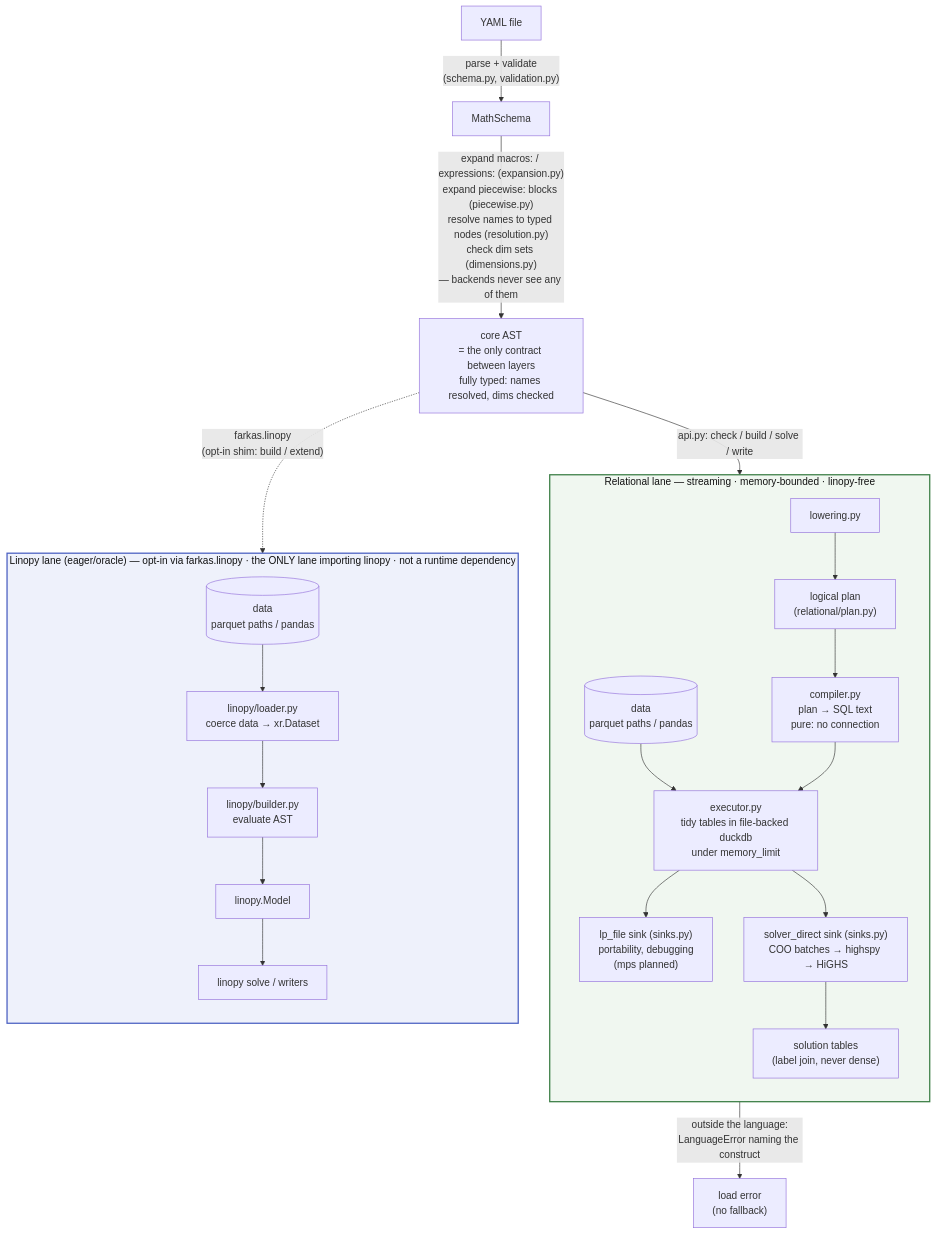
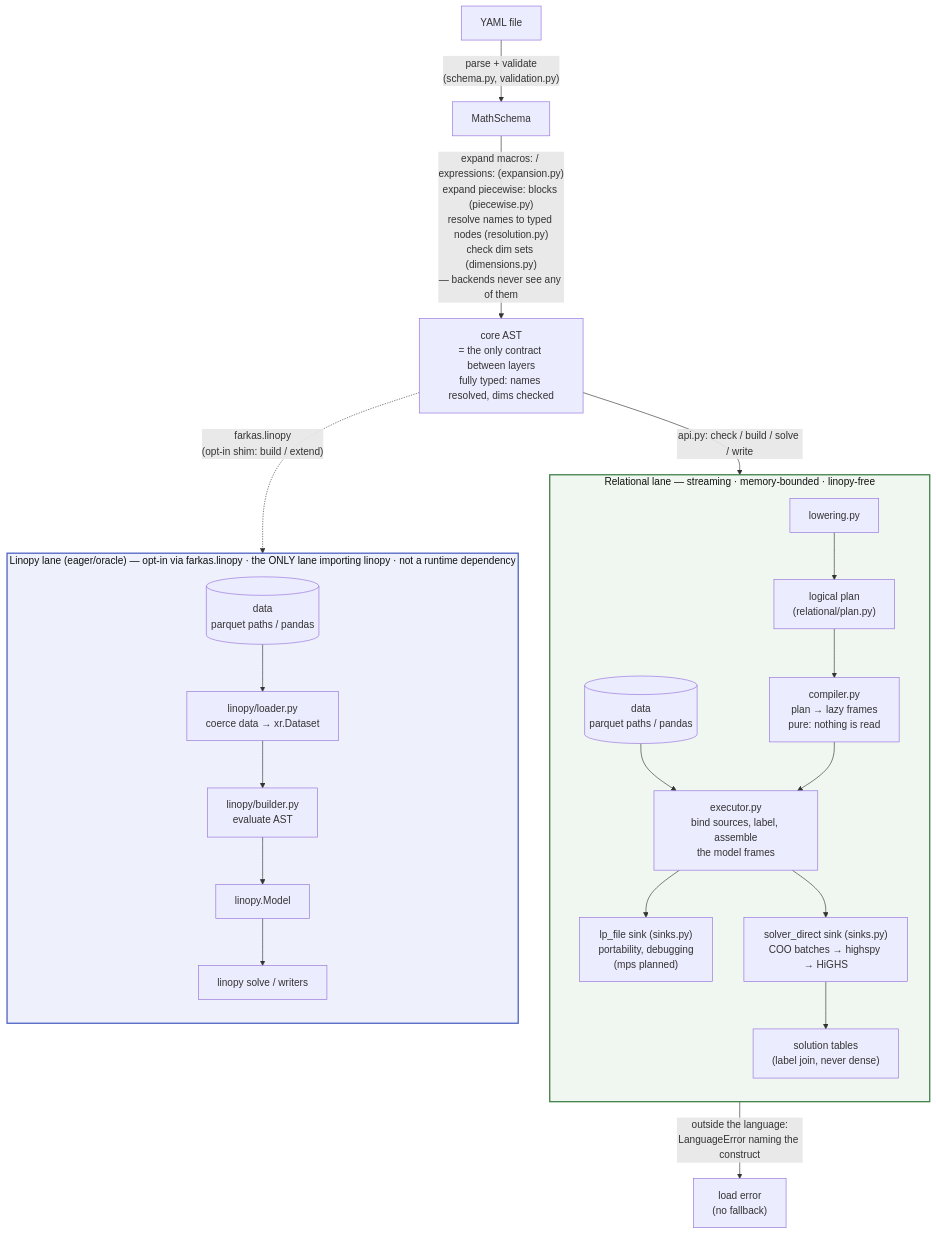
The diagram in ARCHITECTURE.md (FBumann/farkas), drawn with Mermaid before and after one commit. The commit also changed other lines of this file and 47 other files, not shown here.

````diff
--- a/ARCHITECTURE.md
+++ b/ARCHITECTURE.md
@@ -24,31 +24,31 @@
 ```mermaid
 flowchart TB
     Y[YAML file] -->|"parse + validate<br/>(schema.py, validation.py)"| MS[MathSchema]
     MS -->|"expand macros: / expressions: (expansion.py)<br/>expand piecewise: blocks (piecewise.py)<br/>resolve names to typed nodes (resolution.py)<br/>check dim sets (dimensions.py)<br/>— backends never see any of them"| AST["core AST<br/>= the only contract between layers<br/>fully typed: names resolved, dims checked"]
     AST -->|"api.py: check / build / solve / write"| LOWER
     AST -.->|"farkas.linopy<br/>(opt-in shim: build / extend)"| BUILD
     LOWER -->|"outside the language:<br/>LanguageError naming the construct"| ERR["load error<br/>(no fallback)"]
 
     subgraph REL["Relational lane — streaming · memory-bounded · linopy-free"]
         direction TB
         LOWER["lowering.py"] --> PLAN["logical plan<br/>(relational/plan.py)"]
-        PLAN --> COMP["compiler.py<br/>plan → SQL text<br/>pure: no connection"]
+        PLAN --> COMP["compiler.py<br/>plan → lazy frames<br/>pure: nothing is read"]
         DR[("data<br/>parquet paths / pandas")] --> EXEC
-        COMP --> EXEC["executor.py<br/>tidy tables in file-backed duckdb<br/>under memory_limit"]
+        COMP --> EXEC["executor.py<br/>bind sources, label, assemble<br/>the model frames"]
         EXEC --> LPS["lp_file sink (sinks.py)<br/>portability, debugging<br/>(mps planned)"]
         EXEC --> DIRECT["solver_direct sink (sinks.py)<br/>COO batches → highspy → HiGHS"]
         DIRECT --> SOL["solution tables<br/>(label join, never dense)"]
     end
 
     subgraph EAGER["Linopy lane (eager/oracle) — opt-in via farkas.linopy · the ONLY lane importing linopy · not a runtime dependency"]
         direction TB
         DE[("data<br/>parquet paths / pandas")] --> LOAD["linopy/loader.py<br/>coerce data → xr.Dataset"]
         LOAD --> BUILD["linopy/builder.py<br/>evaluate AST"]
         BUILD --> MODEL[linopy.Model] --> SOLVE["linopy solve / writers"]
     end
 
     classDef laneR fill:#f0f7f0,stroke:#3a7d44,stroke-width:2px,color:#111
     classDef laneE fill:#eef1fb,stroke:#4a5fc1,stroke-width:2px,color:#111
     class REL laneR
     class EAGER laneE
 ```
````
